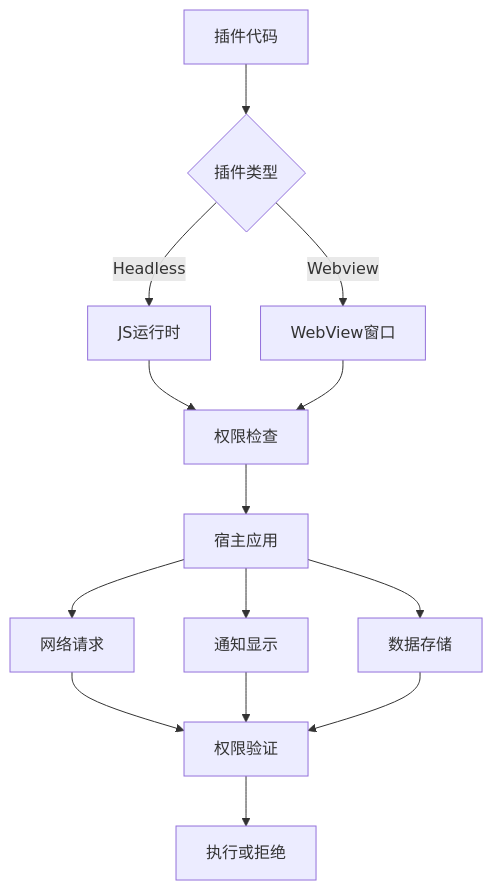
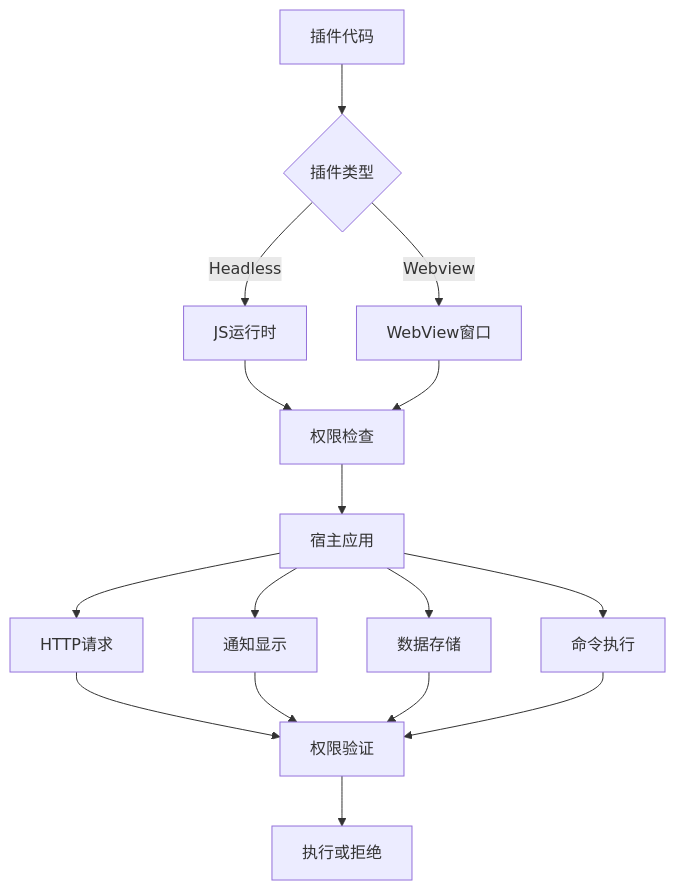
One commit to Onin-app/Onin changed the fourth of 4 diagrams in .qoder/repowiki/zh/content/核心功能详解/插件系统架构/插件权限控制.md. Above: the diagram before and after it, drawn with Mermaid. The commit also changed other lines of this file and 14 other files, not shown here.

````diff
--- a/.qoder/repowiki/zh/content/核心功能详解/插件系统架构/插件权限控制.md
+++ b/.qoder/repowiki/zh/content/核心功能详解/插件系统架构/插件权限控制.md
@@ -203,16 +275,18 @@
 ```mermaid
 flowchart TD
 A[插件代码] --> B{插件类型}
 B --> |Headless| C[JS运行时]
 B --> |Webview| D[WebView窗口]
 C --> E[权限检查]
 D --> E
 E --> F[宿主应用]
-F --> G[网络请求]
+F --> G[HTTP请求]
 F --> H[通知显示]
 F --> I[数据存储]
-G --> J[权限验证]
-H --> J
-I --> J
-J --> K[执行或拒绝]
+F --> J[命令执行]
+G --> K[权限验证]
+H --> K
+I --> K
+J --> K
+K --> L[执行或拒绝]
 ```
````
